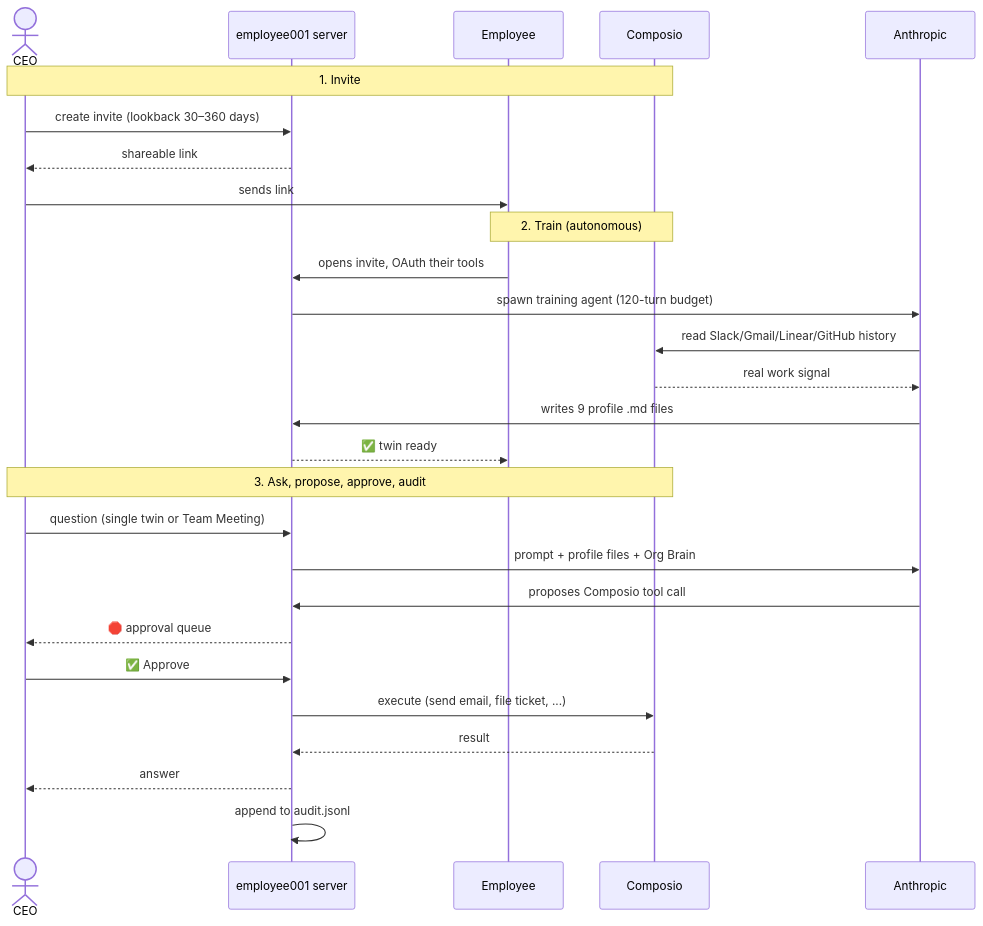
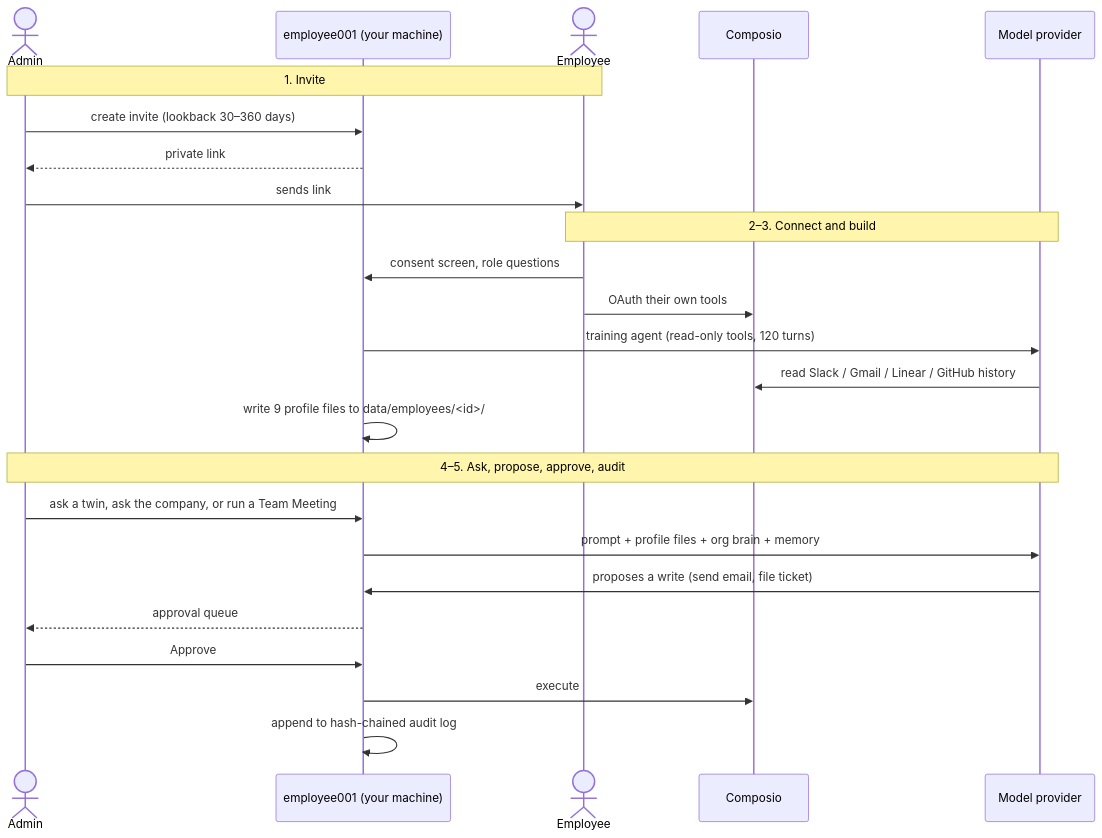
The first of 2 diagrams in README.md (dolevhayut/Employee001), drawn with Mermaid before and after one commit. The commit also changed other lines of this file and 1 other file, not shown here.

First line of the commit message:
docs: reposition README around AI twins of your real team

````diff
--- a/README.md
+++ b/README.md
@@ -109,32 +65,29 @@
 ```mermaid
 sequenceDiagram
-    actor CEO
-    participant Server as employee001 server
-    participant Employee
+    actor Admin
+    participant App as employee001 (your machine)
+    actor Employee
     participant Composio
-    participant Claude as Anthropic
+    participant Model as Model provider
 
-    Note over CEO,Composio: 1. Invite
-    CEO->>Server: create invite (lookback 30–360 days)
-    Server-->>CEO: shareable link
-    CEO->>Employee: sends link
+    Note over Admin,Employee: 1. Invite
+    Admin->>App: create invite (lookback 30–360 days)
+    App-->>Admin: private link
+    Admin->>Employee: sends link
 
-    Note over Employee,Composio: 2. Train (autonomous)
-    Employee->>Server: opens invite, OAuth their tools
-    Server->>Claude: spawn training agent (120-turn budget)
-    Claude->>Composio: read Slack/Gmail/Linear/GitHub history
-    Composio-->>Claude: real work signal
-    Claude->>Server: writes 9 profile .md files
-    Server-->>Employee: ✅ twin ready
+    Note over Employee,Model: 2–3. Connect and build
+    Employee->>App: consent screen, role questions
+    Employee->>Composio: OAuth their own tools
+    App->>Model: training agent (read-only tools, 120 turns)
+    Model->>Composio: read Slack / Gmail / Linear / GitHub history
+    App->>App: write 9 profile files to data/employees/<id>/
 
-    Note over CEO,Composio: 3. Ask, propose, approve, audit
-    CEO->>Server: question (single twin or Team Meeting)
-    Server->>Claude: prompt + profile files + Org Brain
-    Claude->>Server: proposes Composio tool call
-    Server-->>CEO: 🛑 approval queue
-    CEO->>Server: ✅ Approve
-    Server->>Composio: execute (send email, file ticket, ...)
-    Composio-->>Server: result
-    Server-->>CEO: answer
-    Server->>Server: append to audit.jsonl
+    Note over Admin,Model: 4–5. Ask, propose, approve, audit
+    Admin->>App: ask a twin, ask the company, or run a Team Meeting
+    App->>Model: prompt + profile files + org brain + memory
+    Model->>App: proposes a write (send email, file ticket)
+    App-->>Admin: approval queue
+    Admin->>App: Approve
+    App->>Composio: execute
+    App->>App: append to hash-chained audit log
 ```
````
